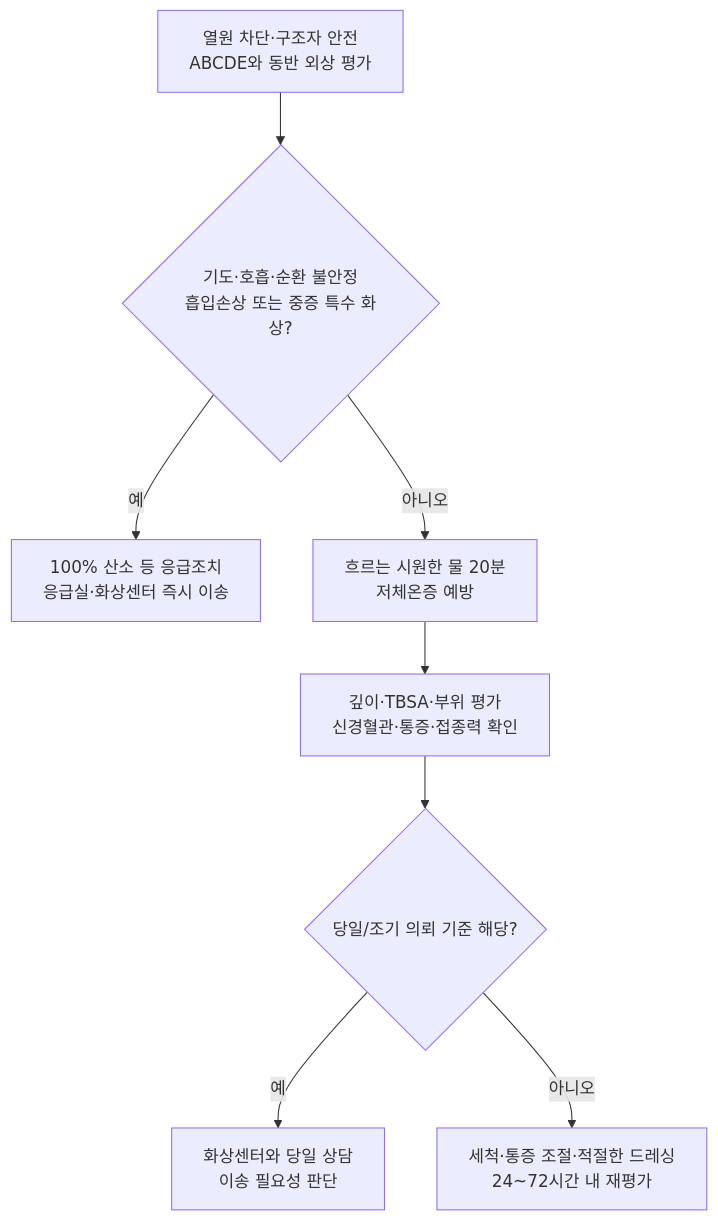
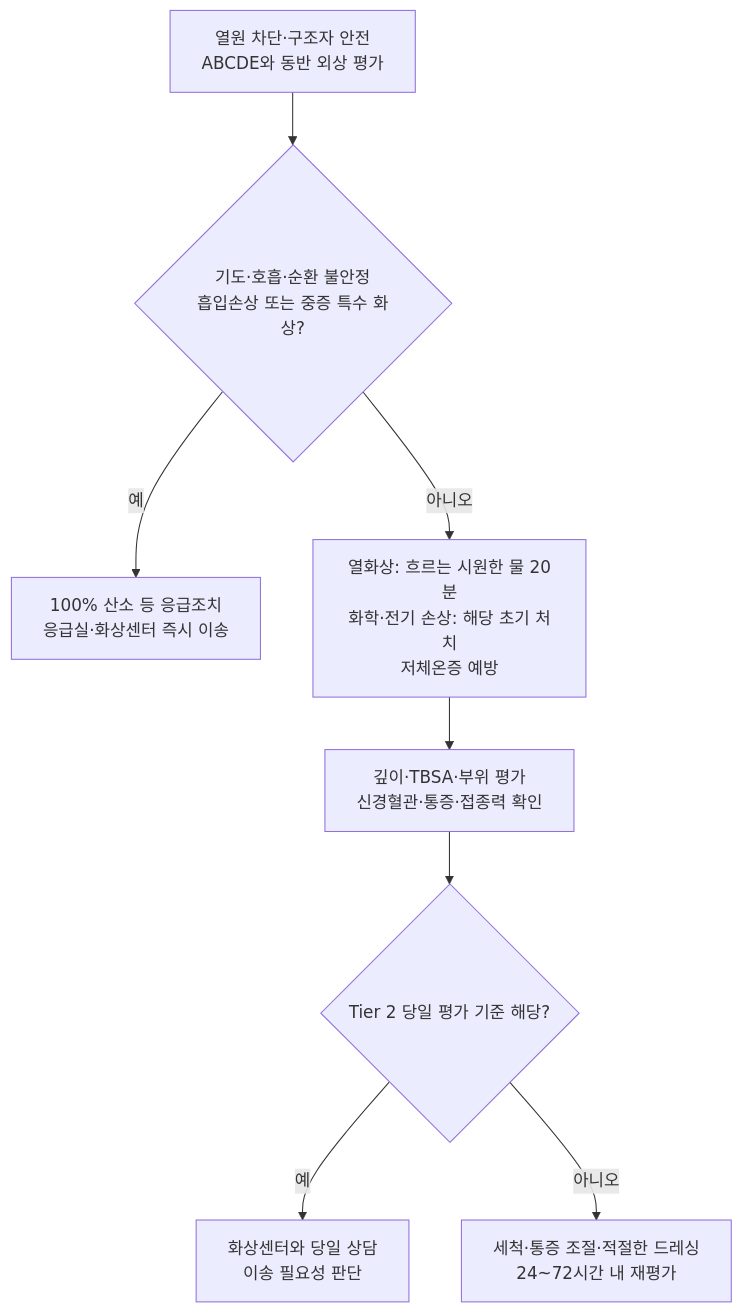
The diagram in 230_/206_-burn.md (familyoh77/familyoh77), drawn with Mermaid before and after one commit. The commit also changed other lines of this file and 11 other files, not shown here.

````diff
--- a/230_/206_-burn.md
+++ b/230_/206_-burn.md
@@ -77,10 +81,10 @@
 ```mermaid
 flowchart TB
     A[열원 차단·구조자 안전<br>ABCDE와 동반 외상 평가] --> B{기도·호흡·순환 불안정<br>흡입손상 또는 중증 특수 화상?}
     B -- 예 --> C[100% 산소 등 응급조치<br>응급실·화상센터 즉시 이송]
-    B -- 아니오 --> D[흐르는 시원한 물 20분<br>저체온증 예방]
+    B -- 아니오 --> D[열화상: 흐르는 시원한 물 20분<br>화학·전기 손상: 해당 초기 처치<br>저체온증 예방]
     D --> E[깊이·TBSA·부위 평가<br>신경혈관·통증·접종력 확인]
-    E --> F{당일/조기 의뢰 기준 해당?}
+    E --> F{Tier 2 당일 평가 기준 해당?}
     F -- 예 --> G[화상센터와 당일 상담<br>이송 필요성 판단]
     F -- 아니오 --> H[세척·통증 조절·적절한 드레싱<br>24~72시간 내 재평가]
 ```
````
